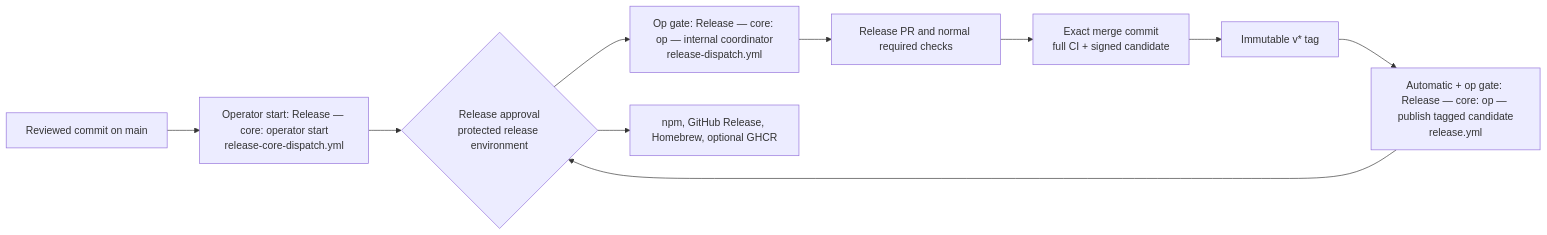
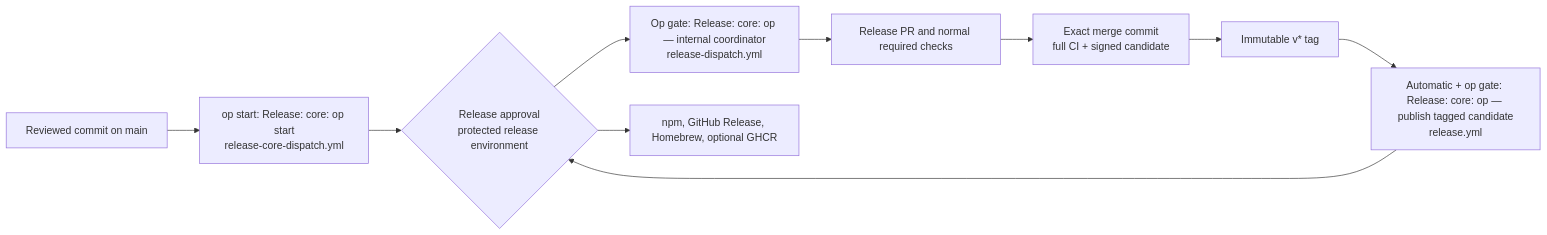
One commit to jimhoyd-com/urlcode changed the first of 2 diagrams in docs/DEVELOPMENT-PIPELINE.md. Above: the diagram before and after it, drawn with Mermaid. The commit also changed other lines of this file and 8 other files, not shown here.

````diff
--- a/docs/DEVELOPMENT-PIPELINE.md
+++ b/docs/DEVELOPMENT-PIPELINE.md
@@ -237,14 +237,14 @@
 ```mermaid
 flowchart LR
   main[Reviewed commit on main]
-  core["Operator start: Release — core: operator start\nrelease-core-dispatch.yml"]
+  core["op start: Release: core: op start\nrelease-core-dispatch.yml"]
   approval{"Release approval\nprotected release environment"}
-  coordinator["Op gate: Release — core: op — internal coordinator\nrelease-dispatch.yml"]
+  coordinator["Op gate: Release: core: op — internal coordinator\nrelease-dispatch.yml"]
   pr[Release PR and normal required checks]
   evidence["Exact merge commit\nfull CI + signed candidate"]
   tag[Immutable v* tag]
-  publish["Automatic + op gate: Release — core: op — publish tagged candidate\nrelease.yml"]
+  publish["Automatic + op gate: Release: core: op — publish tagged candidate\nrelease.yml"]
   channels[npm, GitHub Release, Homebrew, optional GHCR]
 
   main --> core --> approval --> coordinator --> pr --> evidence --> tag --> publish --> approval --> channels
 ```
````
